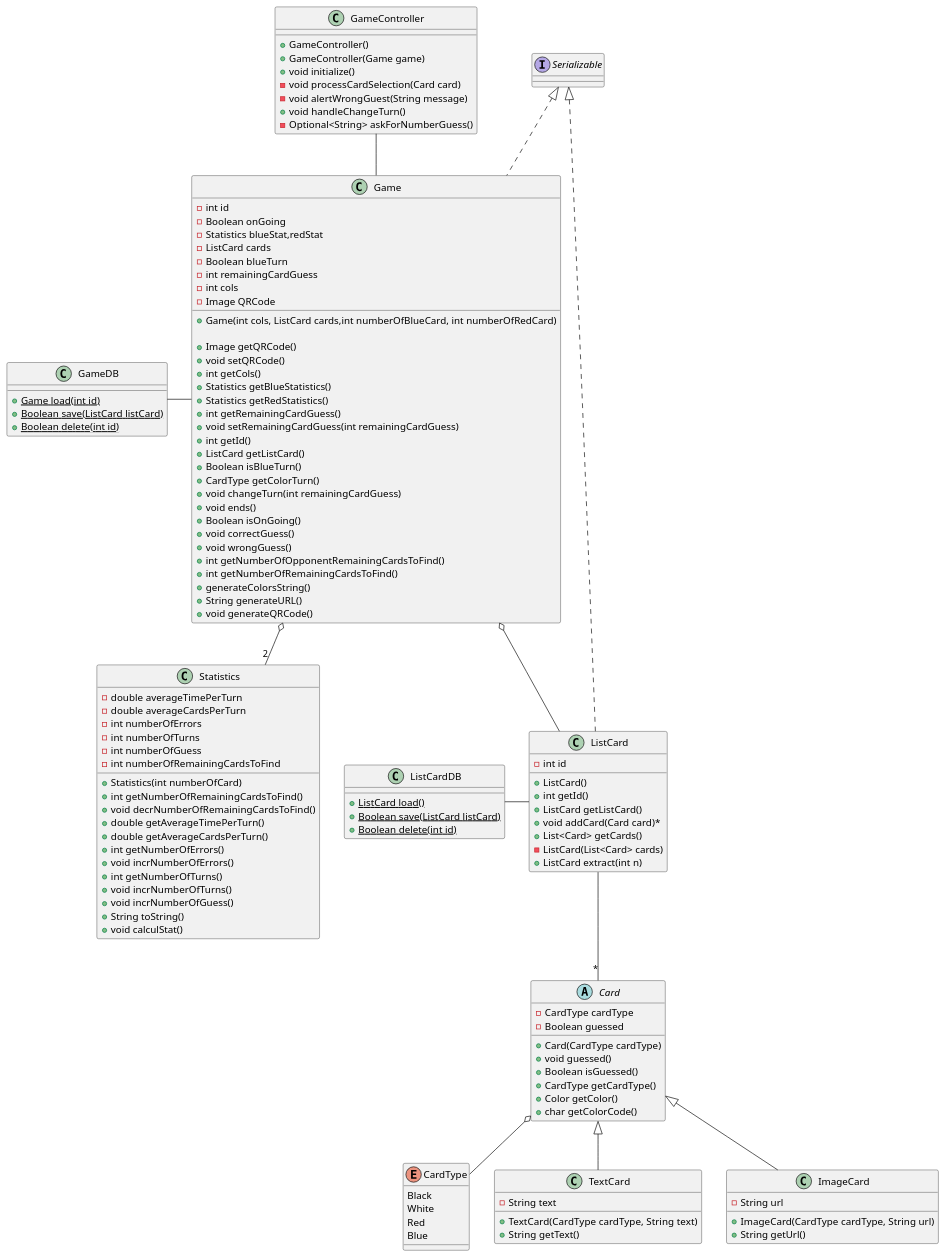
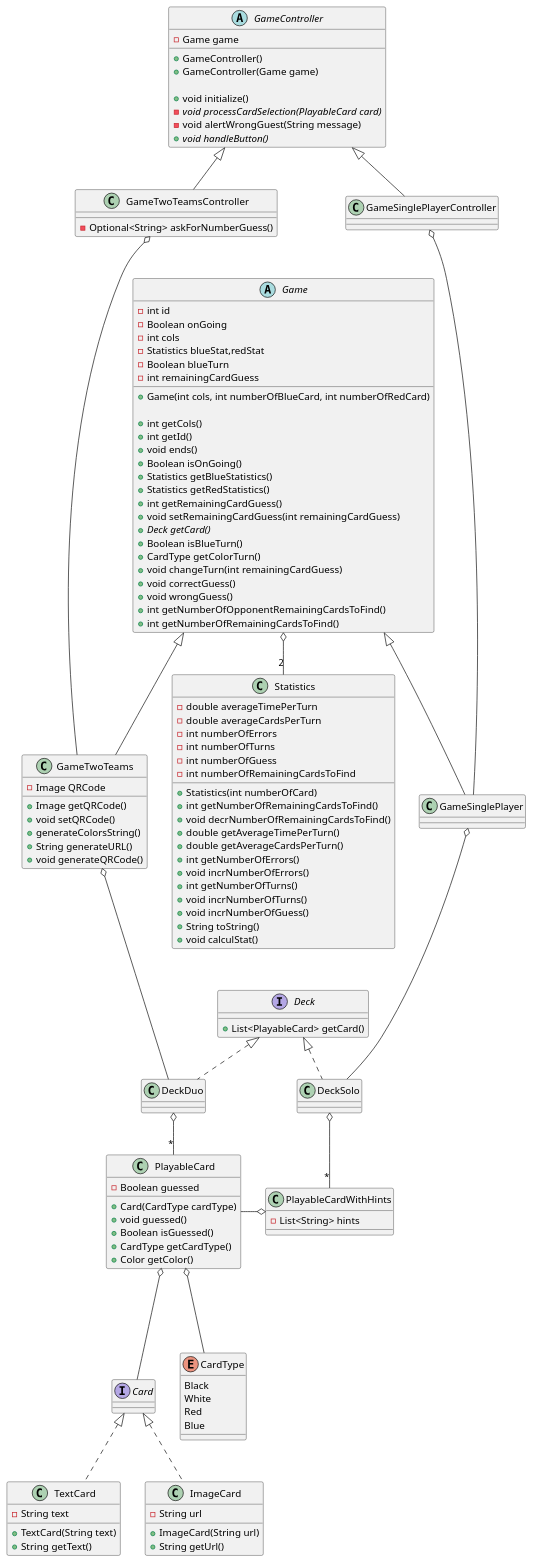
The diagram in classes.plantuml (nathanl0204/coding-week), drawn with PlantUML before and after one commit. The commit also changed 1 other file, not shown here.

```diff
--- a/classes.plantuml
+++ b/classes.plantuml
@@ -1,145 +1,157 @@
 @startuml classes
 
-class Game implements Serializable {
-
-    - int id
-    - Boolean onGoing
-    - Statistics blueStat,redStat
-    - ListCard cards
-    - Boolean blueTurn
-    - int remainingCardGuess
-    - int cols
-    - Image QRCode
-
-    + Game(int cols, ListCard cards,int numberOfBlueCard, int numberOfRedCard)
-
-    + Image getQRCode()
-    + void setQRCode()
-    + int getCols()
-    + Statistics getBlueStatistics()
-    + Statistics getRedStatistics()
-    + int getRemainingCardGuess()
-    + void setRemainingCardGuess(int remainingCardGuess)
-    + int getId()
-    + ListCard getListCard()
-    + Boolean isBlueTurn()
-    + CardType getColorTurn()
-    + void changeTurn(int remainingCardGuess)
-    + void ends()
-    + Boolean isOnGoing()
-    + void correctGuess()
-    + void wrongGuess()
-    + int getNumberOfOpponentRemainingCardsToFind()
-    + int getNumberOfRemainingCardsToFind()
-    + generateColorsString()
-    + String generateURL()
-    + void generateQRCode()
+interface Card {
+    
 }
 
-class GameDB {
-    + {static} Game load(int id)
-    + {static} Boolean save(ListCard listCard)
-    + {static} Boolean delete(int id)
+class TextCard implements Card {
+    - String text
+
+    + TextCard(String text)
+    + String getText()
 }
 
-GameDB - Game
+class ImageCard implements Card {
+    - String url
 
-GameController -- Game
-
-class GameController {
-
-    + GameController()
-    + GameController(Game game)
-    + void initialize()
-    - void processCardSelection(Card card)
-    - void alertWrongGuest(String message)
-    + void handleChangeTurn()
-    - Optional<String> askForNumberGuess()
+    + ImageCard(String url)
+    + String getUrl()
 }
 
-abstract class Card {
-    - CardType cardType
+class PlayableCard {
     - Boolean guessed
 
     + Card(CardType cardType)
     + void guessed()
     + Boolean isGuessed()
     + CardType getCardType()
     + Color getColor()
-    + char getColorCode()
 }
 
-Card o-- CardType
+PlayableCard o--- CardType
+PlayableCard o--- Card
 
 enum CardType {
-
     Black
     White
     Red
     Blue
 }
 
-class ListCard implements Serializable {
-    - int id
-
-    + ListCard()
-    + int getId()
-    + ListCard getListCard()
-    + void addCard(Card card)*
-    + List<Card> getCards()
-    - ListCard(List<Card> cards)
-    + ListCard extract(int n)
+interface Deck {
+    + List<PlayableCard> getCard()
 }
 
-ListCard -- "*" Card
-Game o-- ListCard
+class DeckDuo implements Deck
 
-class TextCard extends Card {
-    - String text
+class DeckSolo implements Deck
 
-    + TextCard(CardType cardType, String text)
-    + String getText()
+DeckDuo o-- "*" PlayableCard
+
+DeckSolo o-- "*" PlayableCardWithHints
+
+PlayableCard -o PlayableCardWithHints
+
+class PlayableCardWithHints {
+    - List<String> hints
 }
 
-class ImageCard extends Card {
-    - String url
+abstract class GameController {
+    - Game game
 
-    + ImageCard(CardType cardType, String url)
-    + String getUrl()
+    + GameController()
+    + GameController(Game game)
+
+    + void initialize()
+    - {abstract} void processCardSelection(PlayableCard card)
+    - void alertWrongGuest(String message)
+    + {abstract} void handleButton()
 }
 
-class ListCardDB {
+class GameSinglePlayerController extends GameController {
 
-    + {static} ListCard load()
-    + {static} Boolean save(ListCard listCard)
-    + {static} Boolean delete(int id)
 }
 
-ListCardDB - ListCard
+class GameTwoTeamsController extends GameController {
+    - Optional<String> askForNumberGuess()
+}
+
+abstract class Game {
+    - int id
+    - Boolean onGoing
+    - int cols
+    - Statistics blueStat,redStat
+    - Boolean blueTurn
+    - int remainingCardGuess
+    
+    + Game(int cols, int numberOfBlueCard, int numberOfRedCard)
+
+    + int getCols()
+    + int getId()
+    + void ends()
+    + Boolean isOnGoing()
+    + Statistics getBlueStatistics()
+    + Statistics getRedStatistics()
+    + int getRemainingCardGuess()
+    + void setRemainingCardGuess(int remainingCardGuess)
+    + {abstract} Deck getCard()
+    + Boolean isBlueTurn()
+    + CardType getColorTurn()
+    + void changeTurn(int remainingCardGuess)
+    + void correctGuess()
+    + void wrongGuess()
+    + int getNumberOfOpponentRemainingCardsToFind()
+    + int getNumberOfRemainingCardsToFind()
+
+}
+
+class GameTwoTeams extends Game {
+    - Image QRCode
+
+    + Image getQRCode()
+    + void setQRCode()
+    + generateColorsString()
+    + String generateURL()
+    + void generateQRCode()
+}
+
+class GameSinglePlayer extends Game {
+
+}
+
+GameTwoTeamsController o--- GameTwoTeams
+
+GameSinglePlayerController o--- GameSinglePlayer
+
+GameSinglePlayer o--- DeckSolo
+
+GameTwoTeams o--- DeckDuo
+
+Game o-- "2" Statistics
 
 class Statistics {
     - double averageTimePerTurn
     - double averageCardsPerTurn
     - int numberOfErrors
     - int numberOfTurns
     - int numberOfGuess
     - int numberOfRemainingCardsToFind
 
     + Statistics(int numberOfCard)
     + int getNumberOfRemainingCardsToFind()
     + void decrNumberOfRemainingCardsToFind()
     + double getAverageTimePerTurn()
     + double getAverageCardsPerTurn()
     + int getNumberOfErrors()
     + void incrNumberOfErrors()
     + int getNumberOfTurns()
     + void incrNumberOfTurns()
     + void incrNumberOfGuess()
     + String toString() 
     + void calculStat()
 
 }
 
-Game o-- "2" Statistics
+
 
 @enduml
```
